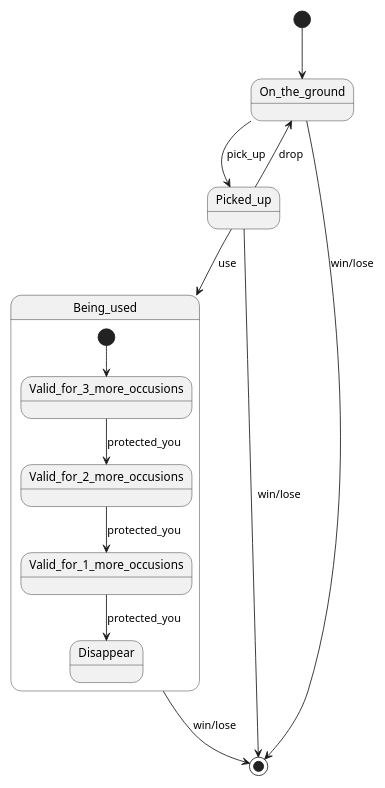
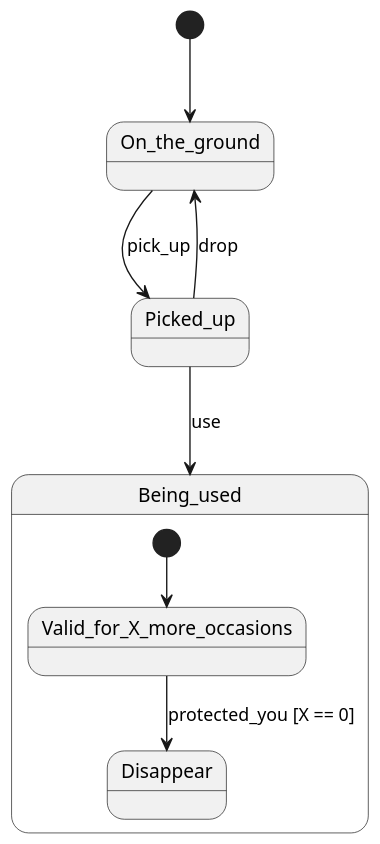
The diagram in resources/state_chart/TVSZ_and_FFP2.puml (MysticMazeEducators/.github), drawn with PlantUML before and after one commit. The commit also changed 8 other files, not shown here.

Commit message:
Got rid of the endings in the state charts and put in guards

```diff
--- a/resources/state_chart/TVSZ_and_FFP2.puml
+++ b/resources/state_chart/TVSZ_and_FFP2.puml
@@ -1,20 +1,15 @@
 @startuml
 'https://plantuml.com/state-diagram
 scale 350 width
 
 [*] --> On_the_ground
 On_the_ground --> Picked_up : pick_up
 Picked_up --> On_the_ground : drop
 Picked_up --> Being_used : use
 state Being_used {
- [*] --> Valid_for_3_more_occusions
- Valid_for_3_more_occusions --> Valid_for_2_more_occusions : protected_you
- Valid_for_2_more_occusions --> Valid_for_1_more_occusions : protected_you
- Valid_for_1_more_occusions --> Disappear : protected_you
+ [*] --> Valid_for_X_more_occasions
+ Valid_for_X_more_occasions  --> Disappear : protected_you [X == 0]
 }
 
-Being_used --> [*] : win/lose
-Picked_up --> [*] : win/lose
-On_the_ground --> [*] : win/lose
 
 @enduml
```
